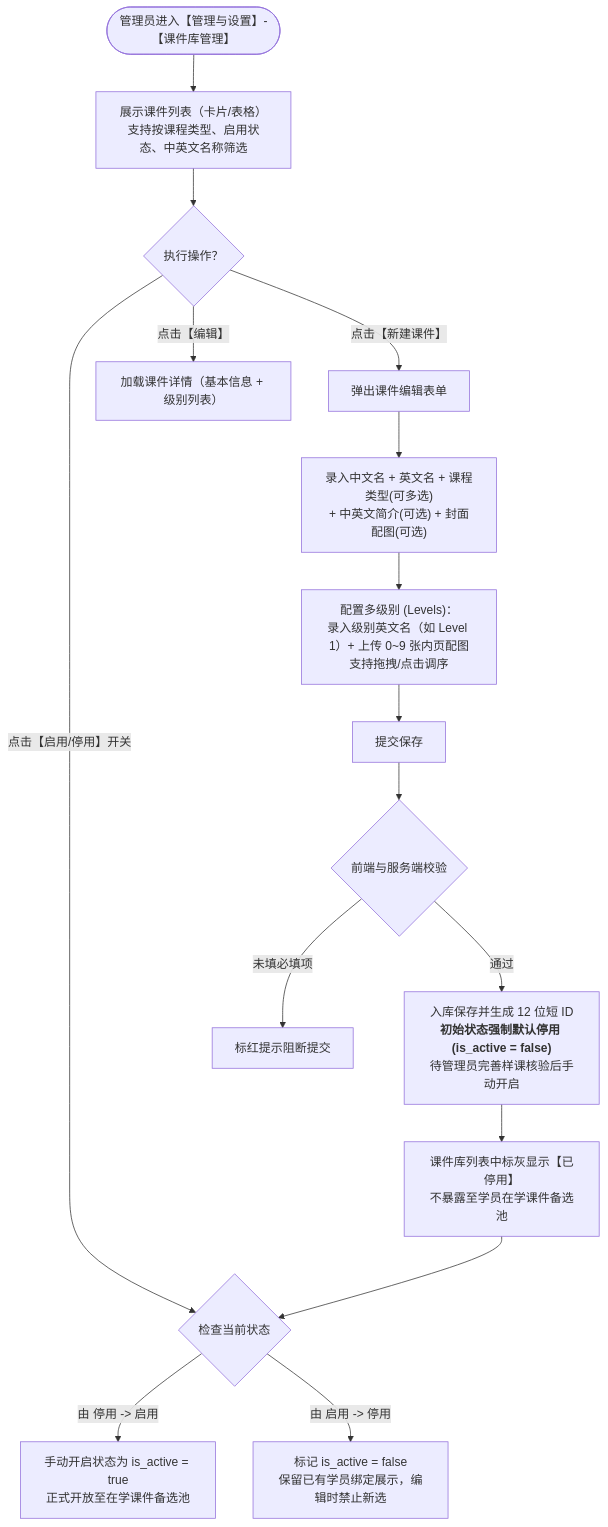
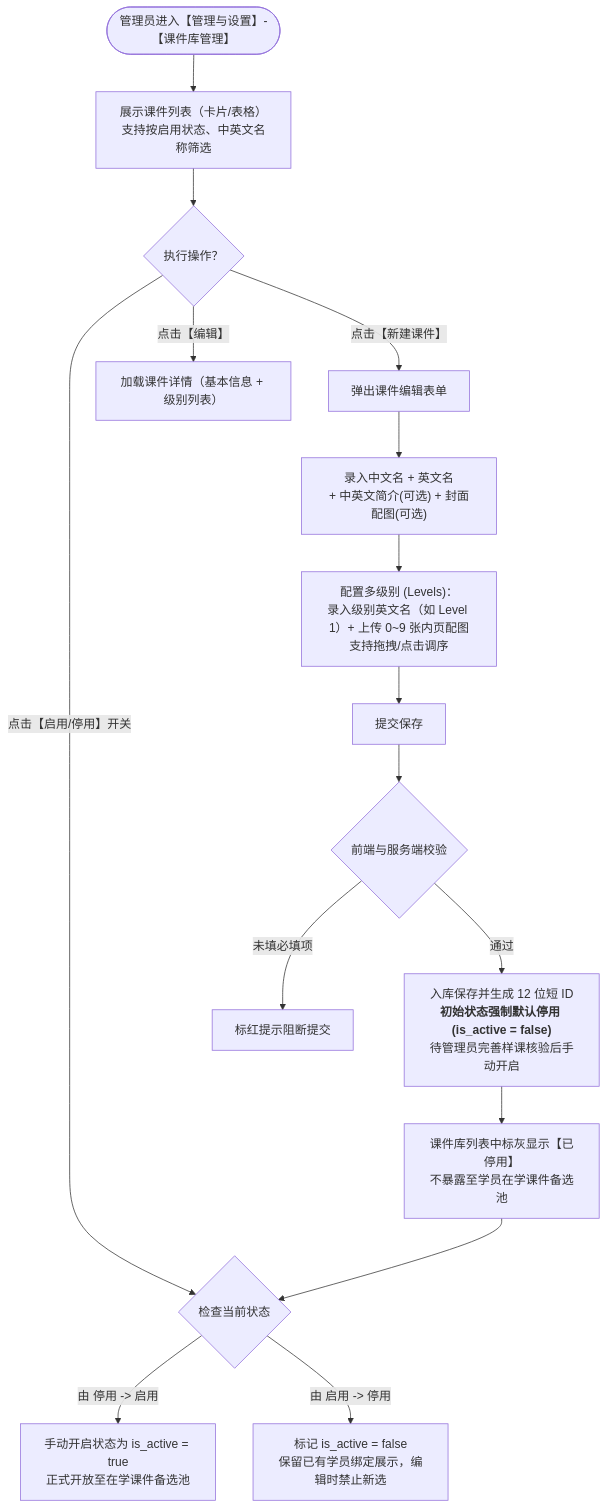
The first of 4 diagrams in docs/prd/m1e_courseware.md (Onezao/dream), drawn with Mermaid before and after one commit. The commit also changed other lines of this file and 15 other files, not shown here.

````diff
--- a/docs/prd/m1e_courseware.md
+++ b/docs/prd/m1e_courseware.md
@@ -62,23 +62,23 @@
 ```mermaid
 flowchart TD
-    AdminStart(["管理员进入【管理与设置】-【课件库管理】"]) --> ListCourseware["展示课件列表（卡片/表格）<br/>支持按课程类型、启用状态、中英文名称筛选"]
+    AdminStart(["管理员进入【管理与设置】-【课件库管理】"]) --> ListCourseware["展示课件列表（卡片/表格）<br/>支持按启用状态、中英文名称筛选"]
     
     ListCourseware --> ActionChoice{"执行操作？"}
     
     ActionChoice -->|"点击【新建课件】"| OpenCreateModal["弹出课件编辑表单"]
     ActionChoice -->|"点击【编辑】"| OpenEditModal["加载课件详情（基本信息 + 级别列表）"]
     ActionChoice -->|"点击【启用/停用】开关"| ToggleActive{"检查当前状态"}
     
-    OpenCreateModal --> InputBaseInfo["录入中文名 + 英文名 + 课程类型(可多选)<br/>+ 中英文简介(可选) + 封面配图(可选)"]
+    OpenCreateModal --> InputBaseInfo["录入中文名 + 英文名<br/>+ 中英文简介(可选) + 封面配图(可选)"]
     InputBaseInfo --> ConfigureLevels["配置多级别 (Levels)：<br/>录入级别英文名（如 Level 1）+ 上传 0~9 张内页配图<br/>支持拖拽/点击调序"]
     ConfigureLevels --> SubmitCourseware["提交保存"]
     SubmitCourseware --> ValidatePass{"前端与服务端校验"}
     ValidatePass -->|"通过"| SaveSuccess["入库保存并生成 12 位短 ID<br/><b>初始状态强制默认停用 (is_active = false)</b><br/>待管理员完善样课核验后手动开启"]
     ValidatePass -->|"未填必填项"| ShowError["标红提示阻断提交"]
     
     SaveSuccess --> WaitReview["课件库列表中标灰显示【已停用】<br/>不暴露至学员在学课件备选池"]
     WaitReview --> ToggleActive
     
     ToggleActive -->|"由 停用 -> 启用"| DirectActive["手动开启状态为 is_active = true<br/>正式开放至在学课件备选池"]
     ToggleActive -->|"由 启用 -> 停用"| SoftDeactivate["标记 is_active = false<br/>保留已有学员绑定展示，编辑时禁止新选"]
 ```
````
